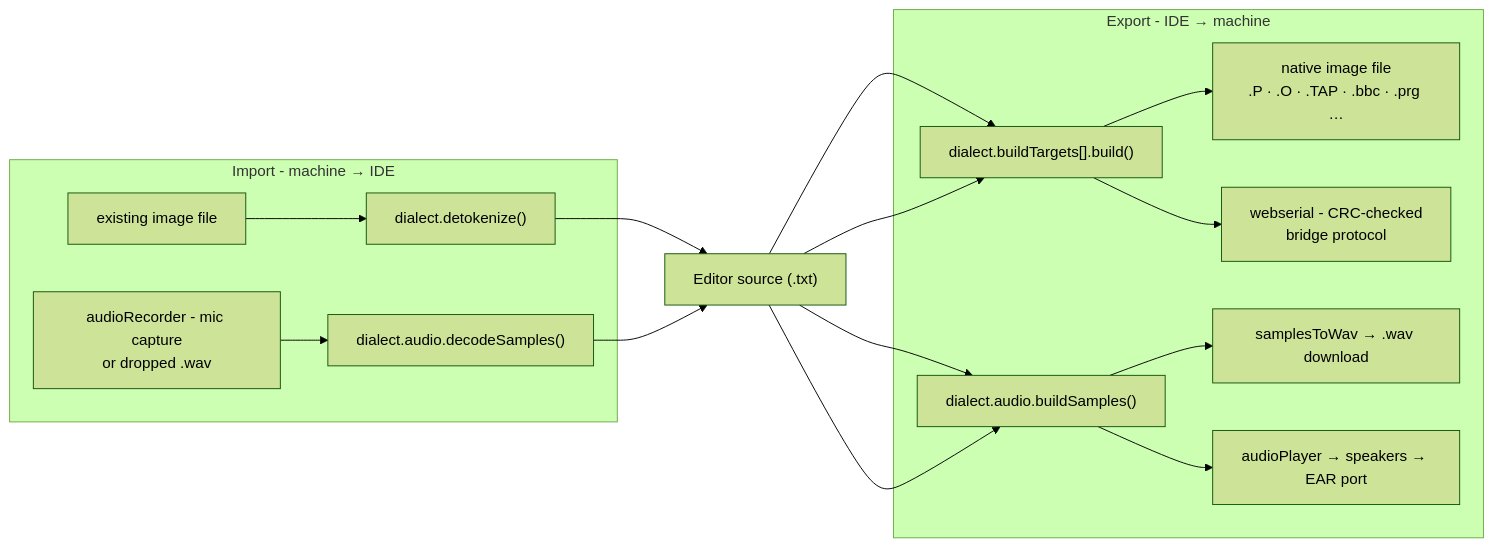
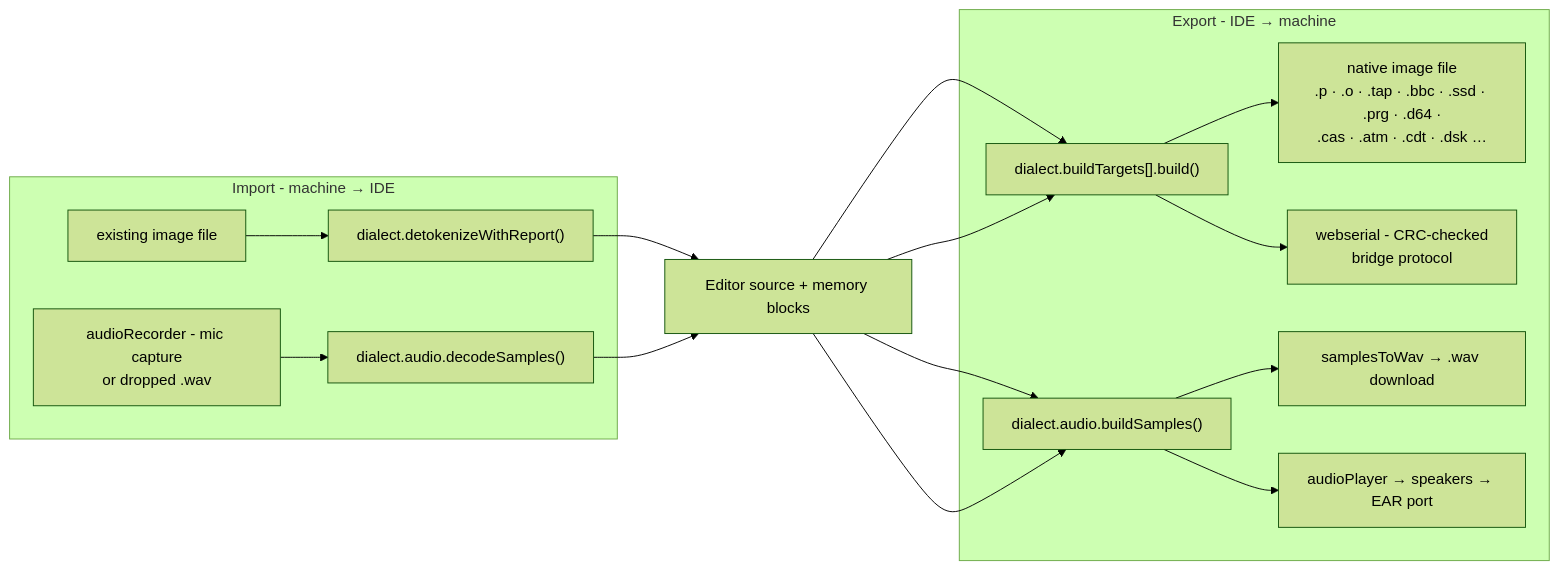
The eighth of 9 diagrams in docs/contributing/architecture.md (seanhodges/basically), drawn with Mermaid (forest theme) before and after one commit. The commit also changed other lines of this file, not shown here.

First line of the commit message:
docs: bring the architecture page back in line with the codebase

````diff
--- a/docs/contributing/architecture.md
+++ b/docs/contributing/architecture.md
@@ -333,27 +486,27 @@
 ```mermaid
 flowchart LR
-  editor["Editor source (.txt)"]
+  editor["Editor source + memory blocks"]
 
   subgraph export ["Export - IDE → machine"]
     build["dialect.buildTargets[].build()"]
     enc["dialect.audio.buildSamples()"]
-    imgfile["native image file<br/>.P · .O · .TAP · .bbc · .prg …"]
+    imgfile["native image file<br/>.p · .o · .tap · .bbc · .ssd · .prg · .d64 ·<br/>.cas · .atm · .cdt · .dsk …"]
     wav["samplesToWav → .wav download"]
     speaker["audioPlayer → speakers → EAR port"]
     serial["webserial - CRC-checked<br/>bridge protocol"]
   end
 
   subgraph import ["Import - machine → IDE"]
     binfile["existing image file"]
     mic["audioRecorder - mic capture<br/>or dropped .wav"]
     dec["dialect.audio.decodeSamples()"]
-    detok["dialect.detokenize()"]
+    detok["dialect.detokenizeWithReport()"]
   end
 
   editor --> build --> imgfile
   editor --> build --> serial
   editor --> enc --> wav
   editor --> enc --> speaker
   binfile --> detok --> editor
   mic --> dec --> editor
 ```
````
